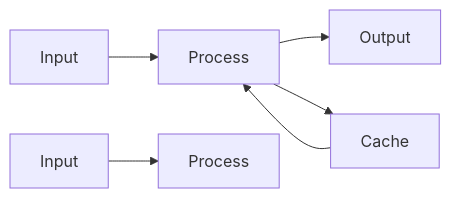
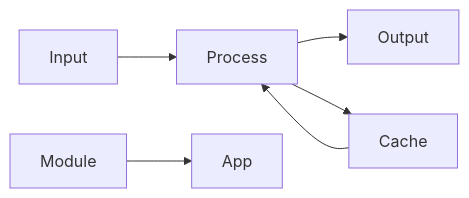
Before and after one commit to espsomo/ESPsomo: the diagram in README.md, drawn with Mermaid.

````diff
--- a/README.md
+++ b/README.md
@@ -65,8 +65,8 @@
 ```mermaid
 graph LR
     A[Input] --> B[Process]
     B --> C[Output]
     B --> D[Cache]
     D --> B
-    F[Input] --> G[Process]
+    F[Module] --> G[App]
 ```
````
